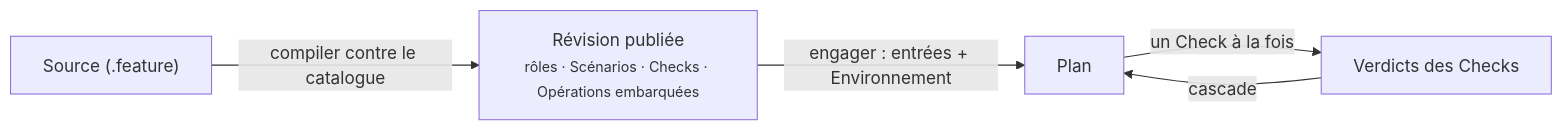
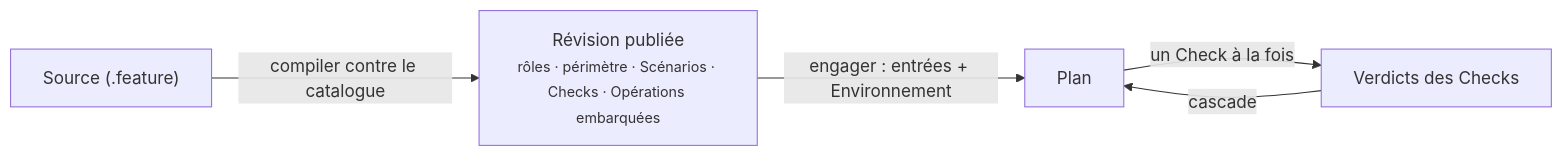
Before and after one commit to ng-galien/trust: the diagram in packages/trust-ui/src/docs/content/fr/procedures/index.mdx, drawn with Mermaid. The commit also changed other lines of this file and 173 other files, not shown here.

````diff
--- a/packages/trust-ui/src/docs/content/fr/procedures/index.mdx
+++ b/packages/trust-ui/src/docs/content/fr/procedures/index.mdx
@@ -51,7 +22,7 @@
 ```mermaid
 flowchart LR
-  S["Source (.feature)"] -->|"compiler contre le catalogue"| R["Révision publiée<br/><small>rôles · Scénarios · Checks · Opérations embarquées</small>"]
+  S["Source (.feature)"] -->|"compiler contre le catalogue"| R["Révision publiée<br/><small>rôles · périmètre · Scénarios · Checks · Opérations embarquées</small>"]
   R -->|"engager : entrées + Environnement"| P["Plan"]
   P -->|"un Check à la fois"| C["Verdicts des Checks"]
   C -->|"cascade"| P
 ```
````
